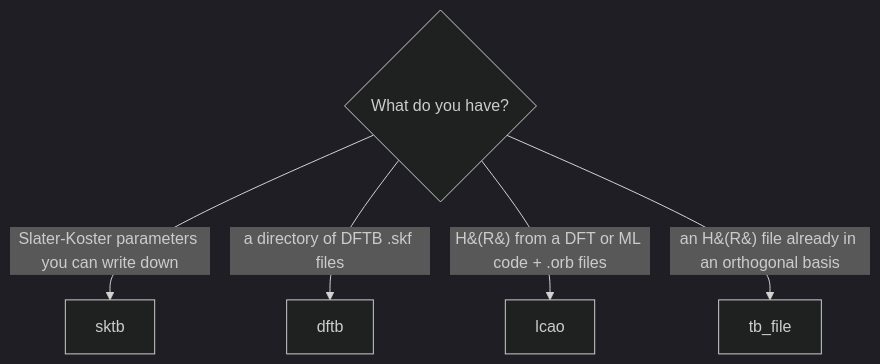
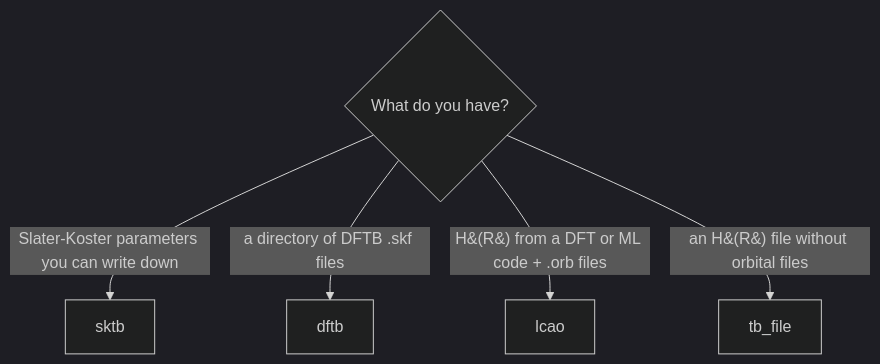
One commit to DeepElectron/rsatb changed the diagram in docs/guides/choose-model.md. Above: the diagram before and after it, drawn with Mermaid (dark theme). The commit also changed other lines of this file and 14 other files, not shown here.

````diff
--- a/docs/guides/choose-model.md
+++ b/docs/guides/choose-model.md
@@ -17,8 +17,8 @@
 ```mermaid
 flowchart TD
   Q{What do you have?}
   Q -->|Slater-Koster parameters you can write down| SK[sktb]
   Q -->|a directory of DFTB .skf files| DF[dftb]
   Q -->|H&#40;R&#41; from a DFT or ML code + .orb files| LC[lcao]
-  Q -->|an H&#40;R&#41; file already in an orthogonal basis| TB[tb_file]
+  Q -->|an H&#40;R&#41; file without orbital files| TB[tb_file]
 ```
````
